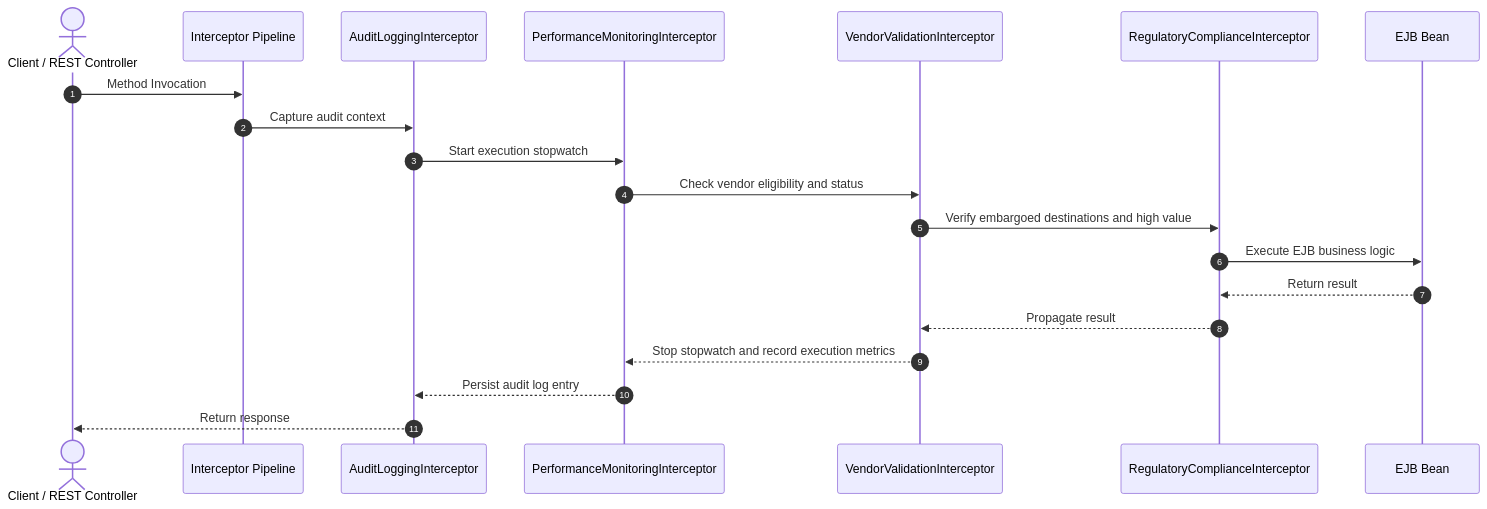
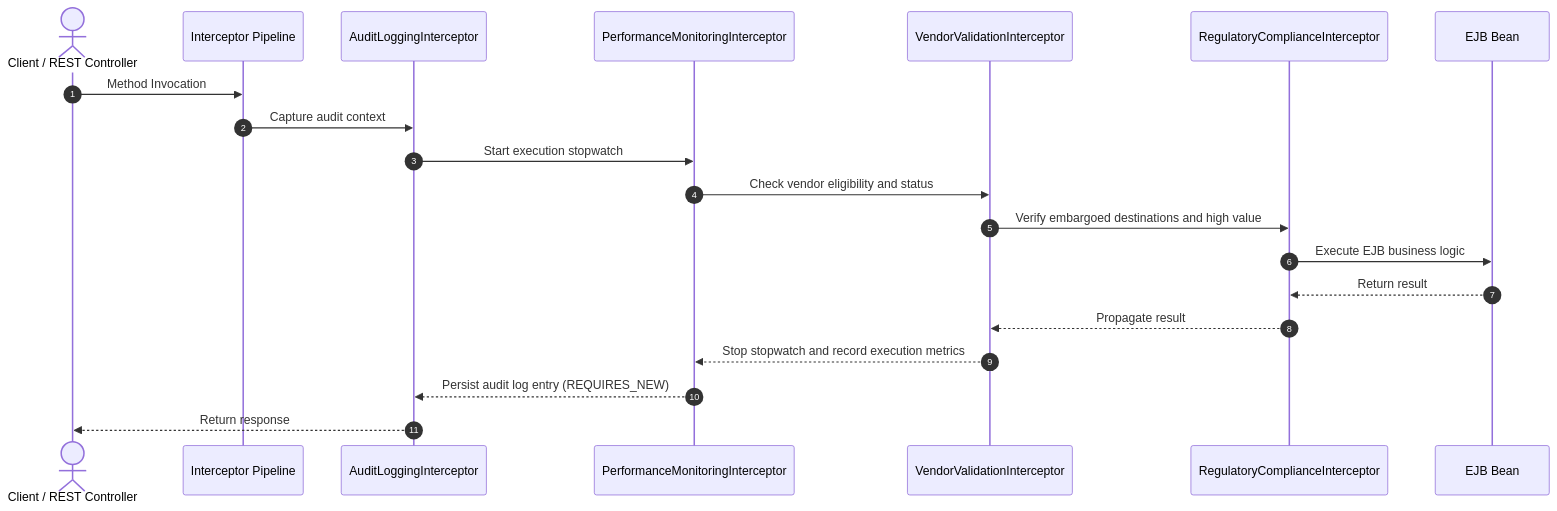
The second of 2 diagrams in TECHNICAL_IMPLEMENTATION_DOCUMENTATION.md (RaminSenanayake/GlobalTrade-Logistics), drawn with Mermaid before and after one commit. The commit also changed other lines of this file and 2 other files, not shown here.

````diff
--- a/TECHNICAL_IMPLEMENTATION_DOCUMENTATION.md
+++ b/TECHNICAL_IMPLEMENTATION_DOCUMENTATION.md
@@ -169,23 +192,23 @@
 ```mermaid
 sequenceDiagram
     autonumber
     actor Caller as Client / REST Controller
     participant InterceptorChain as Interceptor Pipeline
     participant Audit as AuditLoggingInterceptor
     participant Perf as PerformanceMonitoringInterceptor
     participant Valid as VendorValidationInterceptor
     participant Reg as RegulatoryComplianceInterceptor
     participant Bean as EJB Bean
 
     Caller->>InterceptorChain: Method Invocation
     InterceptorChain->>Audit: Capture audit context
     Audit->>Perf: Start execution stopwatch
     Perf->>Valid: Check vendor eligibility and status
     Valid->>Reg: Verify embargoed destinations and high value
     Reg->>Bean: Execute EJB business logic
     Bean-->>Reg: Return result
     Reg-->>Valid: Propagate result
     Valid-->>Perf: Stop stopwatch and record execution metrics
-    Perf-->>Audit: Persist audit log entry
+    Perf-->>Audit: Persist audit log entry (REQUIRES_NEW)
     Audit-->>Caller: Return response
 ```
````
